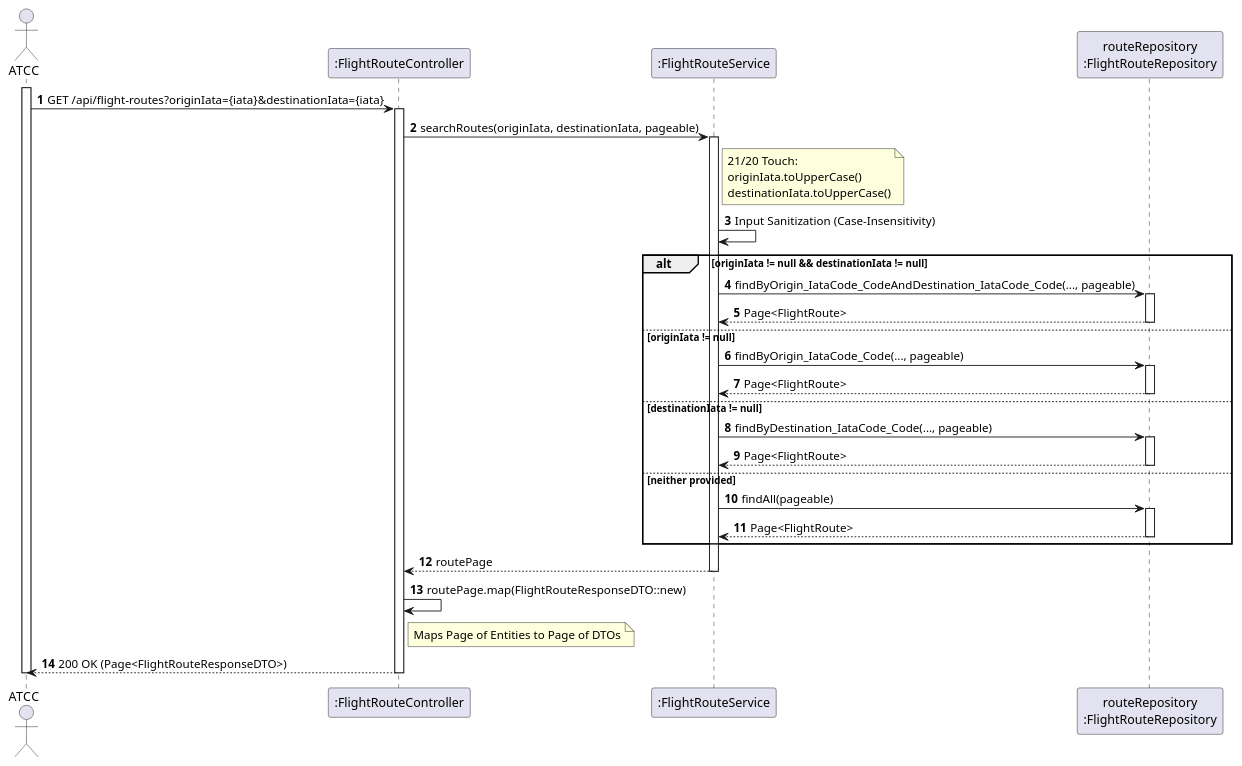
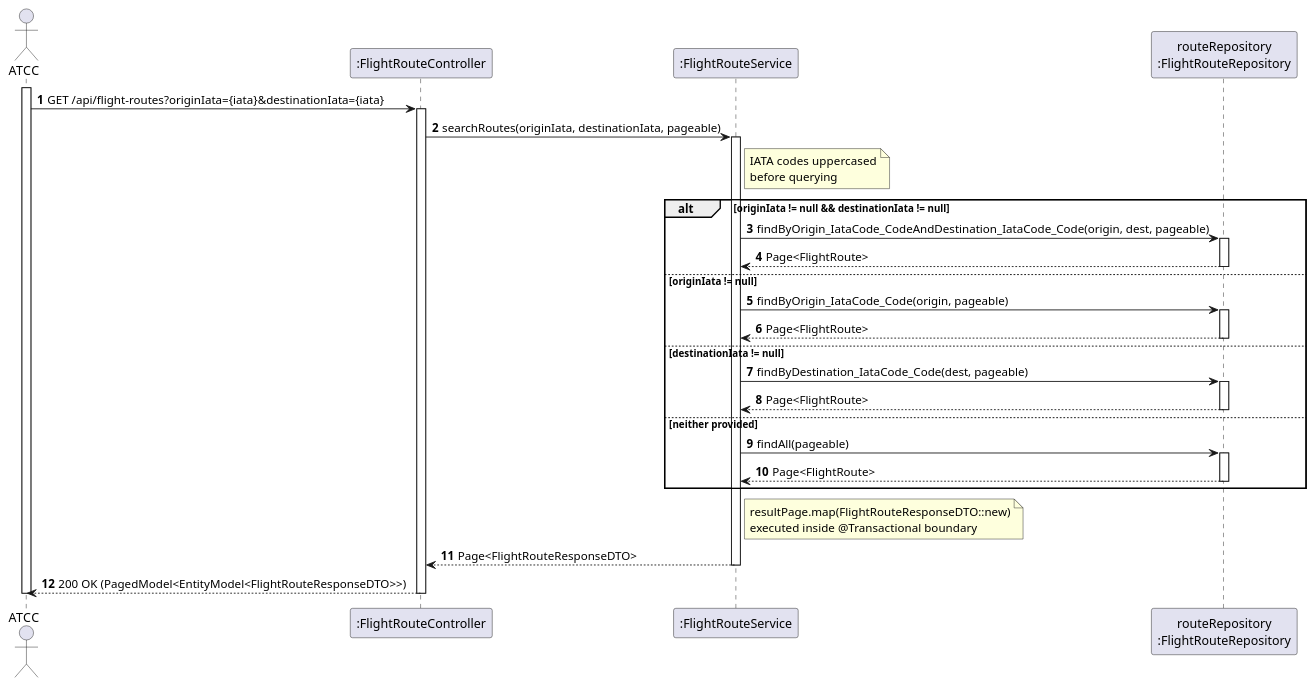
One commit to Andre-1240567/psoft2026_2DB_1240567_1241013_1240624 changed the diagram in docs/use-cases/WP#3A/US114/puml/US114-SD.puml. Above: the diagram before and after it, drawn with PlantUML. The commit also changed 34 other files, not shown here.

```diff
--- a/docs/use-cases/WP#3A/US114/puml/US114-SD.puml
+++ b/docs/use-cases/WP#3A/US114/puml/US114-SD.puml
@@ -1,49 +1,47 @@
 @startuml
 autonumber
 actor "ATCC" as Actor
 participant ":FlightRouteController" as Ctrl
 participant ":FlightRouteService" as Service
 participant "routeRepository\n:FlightRouteRepository" as Repo
 
 activate Actor
 Actor -> Ctrl: GET /api/flight-routes?originIata={iata}&destinationIata={iata}
 activate Ctrl
 
 Ctrl -> Service: searchRoutes(originIata, destinationIata, pageable)
 activate Service
 
-note right of Service: 21/20 Touch:\noriginIata.toUpperCase()\ndestinationIata.toUpperCase()
-Service -> Service: Input Sanitization (Case-Insensitivity)
+note right of Service: IATA codes uppercased\nbefore querying
 
 alt originIata != null && destinationIata != null
-    Service -> Repo: findByOrigin_IataCode_CodeAndDestination_IataCode_Code(..., pageable)
+    Service -> Repo: findByOrigin_IataCode_CodeAndDestination_IataCode_Code(origin, dest, pageable)
     activate Repo
     Repo --> Service: Page<FlightRoute>
     deactivate Repo
 else originIata != null
-    Service -> Repo: findByOrigin_IataCode_Code(..., pageable)
+    Service -> Repo: findByOrigin_IataCode_Code(origin, pageable)
     activate Repo
     Repo --> Service: Page<FlightRoute>
     deactivate Repo
 else destinationIata != null
-    Service -> Repo: findByDestination_IataCode_Code(..., pageable)
+    Service -> Repo: findByDestination_IataCode_Code(dest, pageable)
     activate Repo
     Repo --> Service: Page<FlightRoute>
     deactivate Repo
 else neither provided
     Service -> Repo: findAll(pageable)
     activate Repo
     Repo --> Service: Page<FlightRoute>
     deactivate Repo
 end
 
-Service --> Ctrl: routePage
+note right of Service: resultPage.map(FlightRouteResponseDTO::new)\nexecuted inside @Transactional boundary
+
+Service --> Ctrl: Page<FlightRouteResponseDTO>
 deactivate Service
 
-Ctrl -> Ctrl: routePage.map(FlightRouteResponseDTO::new)
-note right of Ctrl: Maps Page of Entities to Page of DTOs
-
-Ctrl --> Actor: 200 OK (Page<FlightRouteResponseDTO>)
+Ctrl --> Actor: 200 OK (PagedModel<EntityModel<FlightRouteResponseDTO>>)
 deactivate Ctrl
 deactivate Actor
 @enduml
```
